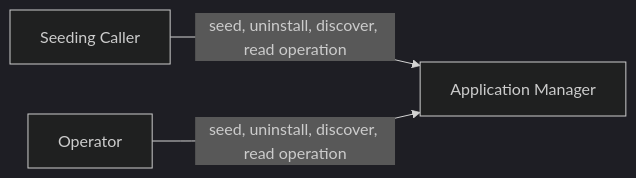
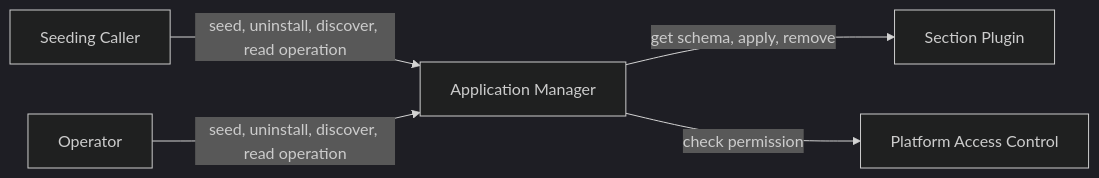
One commit to constructorfabric/gears-rust changed the diagram in gears/system/application-manager/docs/PRD.md. Above: the diagram before and after it, drawn with Mermaid (dark theme). The commit also changed other lines of this file and 8 other files, not shown here.

````diff
--- a/gears/system/application-manager/docs/PRD.md
+++ b/gears/system/application-manager/docs/PRD.md
@@ -154,5 +170,7 @@
 ```mermaid
 flowchart LR
     SC["Seeding Caller"] -->|"seed, uninstall, discover, read operation"| AM["Application Manager"]
     OP["Operator"] -->|"seed, uninstall, discover, read operation"| AM
+    AM -->|"get schema, apply, remove"| SP["Section Plugin"]
+    AM -->|"check permission"| PAC["Platform Access Control"]
 ```
````
